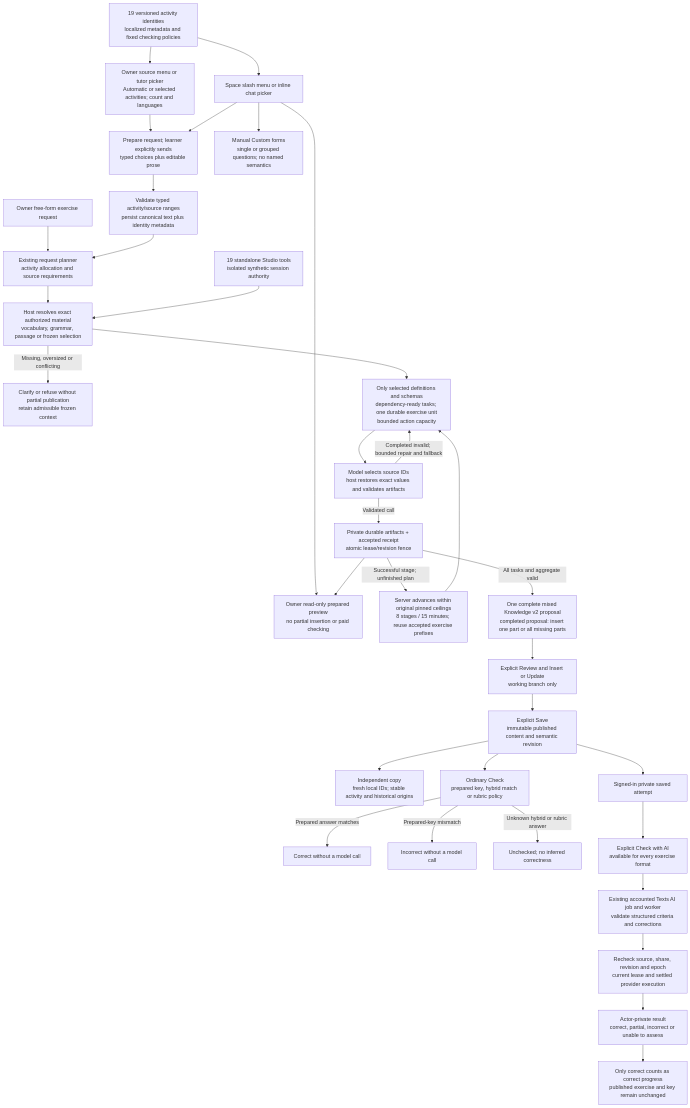
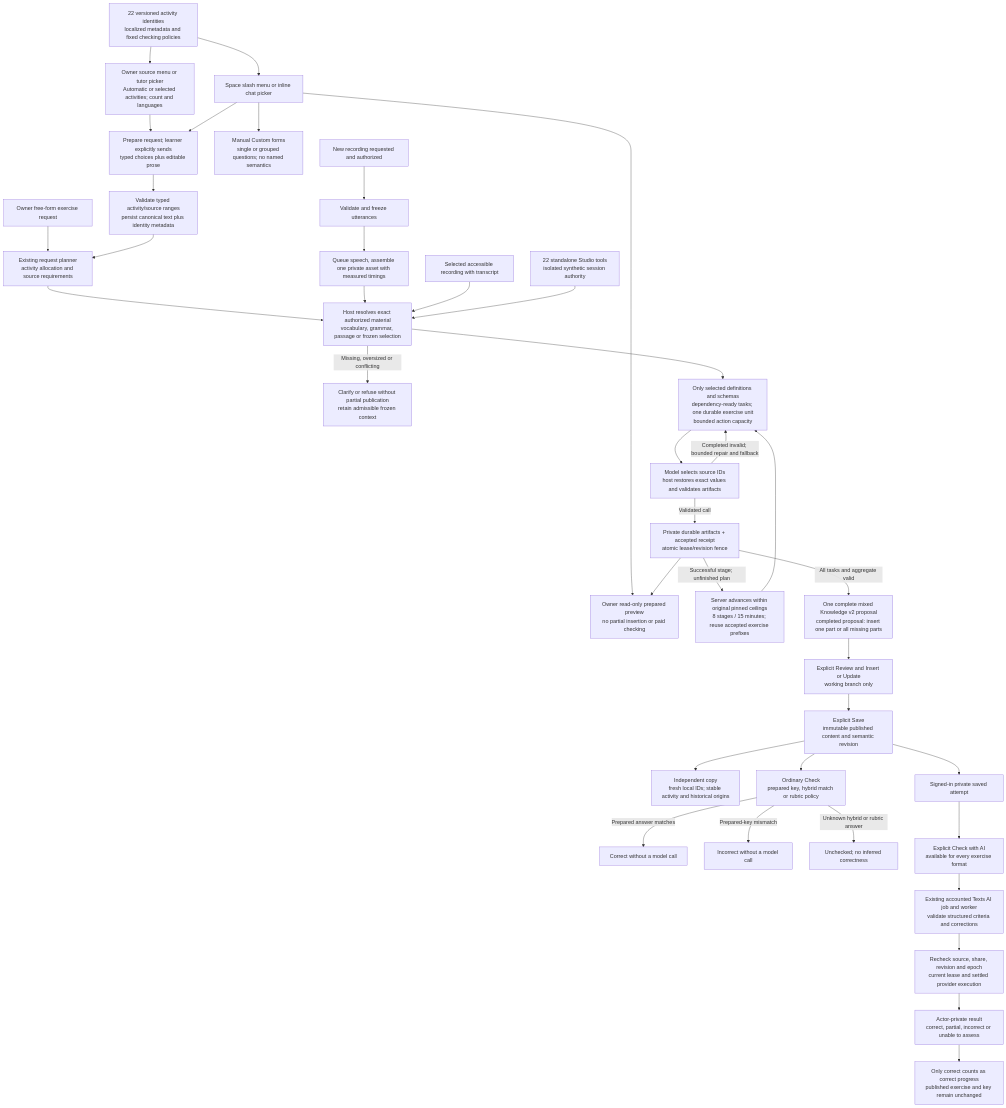
The diagram in docs/diagrams/named-exercises.md (nickotov/languon-platform), drawn with Mermaid before and after one commit. The commit also changed other lines of this file and 201 other files, not shown here.

````diff
--- a/docs/diagrams/named-exercises.md
+++ b/docs/diagrams/named-exercises.md
@@ -65,61 +68,65 @@
 ```mermaid
 flowchart TB
-    Catalog["19 versioned activity identities
+    Catalog["22 versioned activity identities
 localized metadata and fixed checking policies"] --> Picker["Owner source menu or tutor picker
 Automatic or selected activities; count and languages"]
     Picker --> Send
     Catalog --> Discovery["Space slash menu or inline chat picker"]
     Discovery --> Preview["Local synthetic interactive preview
 no model, mutation or saved progress"]
     Discovery --> Custom["Manual Custom forms
 single or grouped questions; no named semantics"]
     Discovery --> Send["Prepare request; learner explicitly sends
 typed choices plus editable prose"]
     Prose["Owner free-form exercise request"] --> Plan["Existing request planner
 activity allocation and source requirements"]
     Send --> Mentions["Validate typed activity/source ranges
 persist canonical text plus identity metadata"]
     Mentions --> Plan
     Plan --> Ground["Host resolves exact authorized material
 vocabulary, grammar, passage or frozen selection"]
-    Studio["19 standalone Studio tools
+    Recording["New recording requested and authorized"] --> Script["Validate and freeze utterances"]
+    Script --> Speech["Queue speech, assemble one private asset with measured timings"]
+    Speech --> Ground
+    Existing["Selected accessible recording with transcript"] --> Ground
+    Studio["22 standalone Studio tools
 isolated synthetic session authority"] --> Ground
     Ground -->|"Missing, oversized or conflicting"| Clarify["Clarify or refuse without partial publication
 retain admissible frozen context"]
     Ground --> Author["Only selected definitions and schemas
 dependency-ready tasks; one durable exercise unit
 bounded action capacity"]
     Author --> Bind["Model selects source IDs
 host restores exact values and validates artifacts"]
     Bind -->|"Completed invalid; bounded repair and fallback"| Author
     Bind -->|"Validated call"| Checkpoint["Private durable artifacts + accepted receipt
 atomic lease/revision fence"]
     Checkpoint -->|"Successful stage; unfinished plan"| Continue["Server advances within original pinned ceilings
 8 stages / 15 minutes; reuse accepted exercise prefixes"] --> Author
     Checkpoint --> Preview["Owner read-only prepared preview
 no partial insertion or paid checking"]
     Checkpoint -->|"All tasks and aggregate valid"| Proposal["One complete mixed Knowledge v2 proposal
 completed proposal: insert one part or all missing parts"]
     Proposal --> Review["Explicit Review and Insert or Update
 working branch only"]
     Review --> Save["Explicit Save
 immutable published content and semantic revision"]
     Save --> Copy["Independent copy
 fresh local IDs; stable activity and historical origins"]
     Save --> Check["Ordinary Check
 prepared key, hybrid match or rubric policy"]
     Check -->|"Prepared answer matches"| Correct["Correct without a model call"]
     Check -->|"Prepared-key mismatch"| Incorrect["Incorrect without a model call"]
     Check -->|"Unknown hybrid or rubric answer"| Unchecked["Unchecked; no inferred correctness"]
     Attempt["Signed-in private saved attempt"] --> AI["Explicit Check with AI
 available for every exercise format"]
     Save --> Attempt
     AI --> Job["Existing accounted Texts AI job and worker
 validate structured criteria and corrections"]
     Job --> Fence["Recheck source, share, revision and epoch
 current lease and settled provider execution"]
     Fence --> Feedback["Actor-private result
 correct, partial, incorrect or unable to assess"]
     Feedback --> Progress["Only correct counts as correct progress
 published exercise and key remain unchanged"]
 ```
````
